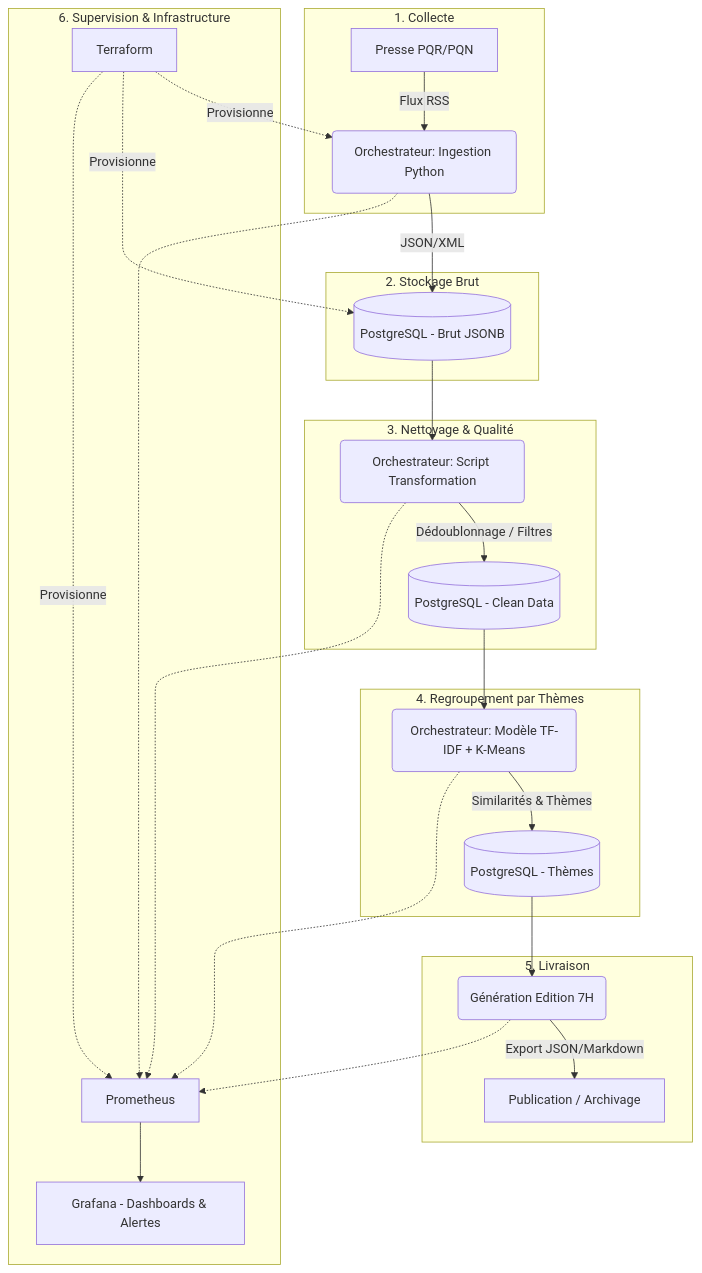
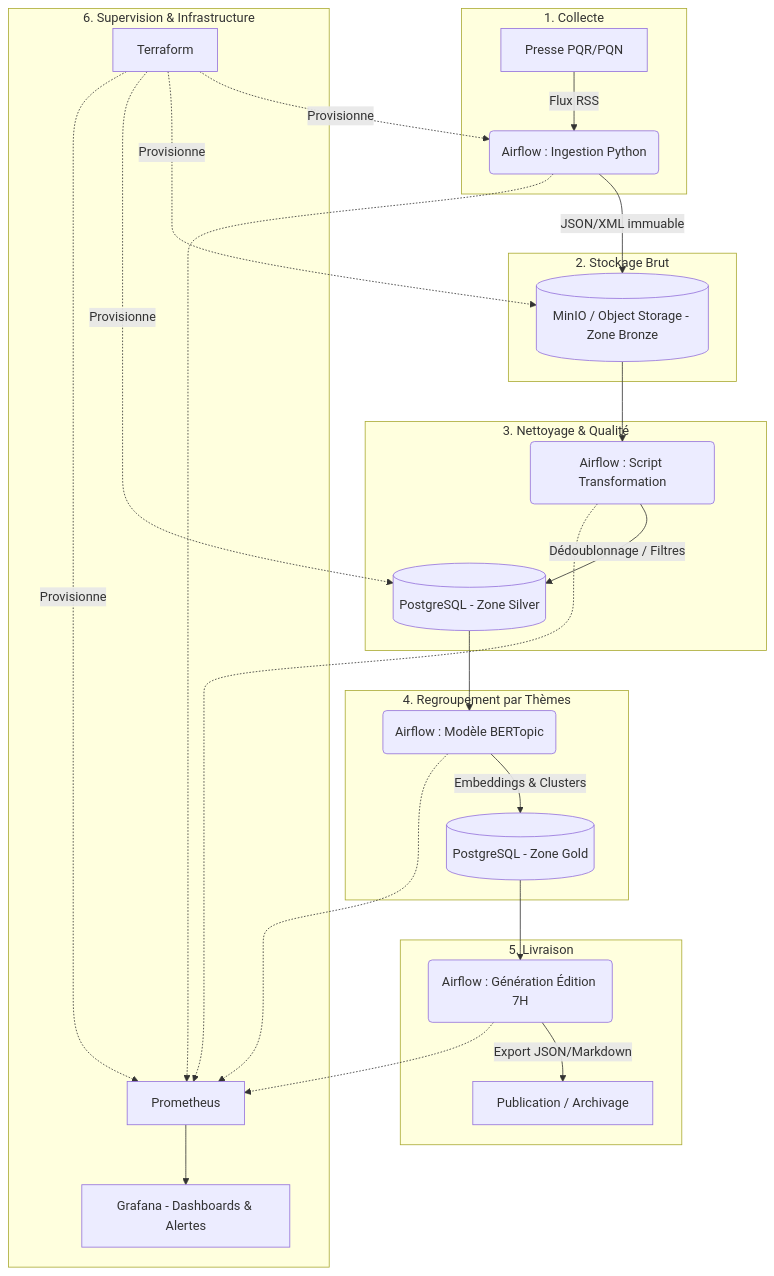
The diagram in docs/cadrage.md (entiteco/M2OPS_KVZI), drawn with Mermaid before and after one commit. The commit also changed other lines of this file and 1 other file, not shown here.

````diff
--- a/docs/cadrage.md
+++ b/docs/cadrage.md
@@ -107,37 +91,38 @@
 ```mermaid
 graph TD
     subgraph 1. Collecte
-        A[Presse PQR/PQN] -->|Flux RSS| B(Orchestrateur: Ingestion Python)
+        A[Presse PQR/PQN] -->|Flux RSS| B(Airflow : Ingestion Python)
     end
 
     subgraph 2. Stockage Brut
-        B -->|JSON/XML| C[(PostgreSQL - Brut JSONB)]
+        B -->|JSON/XML immuable| C[(MinIO / Object Storage - Zone Bronze)]
     end
 
     subgraph 3. Nettoyage & Qualité
-        C --> D(Orchestrateur: Script Transformation)
-        D -->|Dédoublonnage / Filtres| E[(PostgreSQL - Clean Data)]
+        C --> D(Airflow : Script Transformation)
+        D -->|Dédoublonnage / Filtres| E[(PostgreSQL - Zone Silver)]
     end
 
     subgraph 4. Regroupement par Thèmes
-        E --> F(Orchestrateur: Modèle TF-IDF + K-Means)
-        F -->|Similarités & Thèmes| G[(PostgreSQL - Thèmes)]
+        E --> F(Airflow : Modèle BERTopic)
+        F -->|Embeddings & Clusters| G[(PostgreSQL - Zone Gold)]
     end
 
     subgraph 5. Livraison
-        G --> H(Génération Edition 7H)
+        G --> H(Airflow : Génération Édition 7H)
         H -->|Export JSON/Markdown| I[Publication / Archivage]
     end
 
     subgraph 6. Supervision & Infrastructure
         B -.-> J[Prometheus]
         D -.-> J
         F -.-> J
         H -.-> J
         J --> K[Grafana - Dashboards & Alertes]
-  
+      
         L[Terraform] -.->|Provisionne| B
         L -.->|Provisionne| C
+        L -.->|Provisionne| E
         L -.->|Provisionne| J
     end
 ```
````
